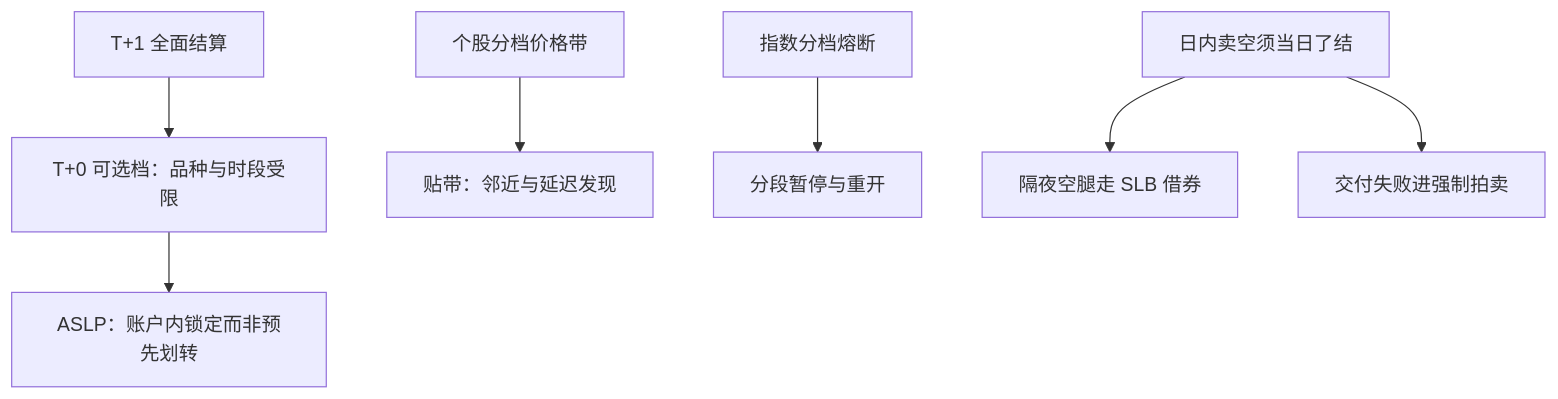
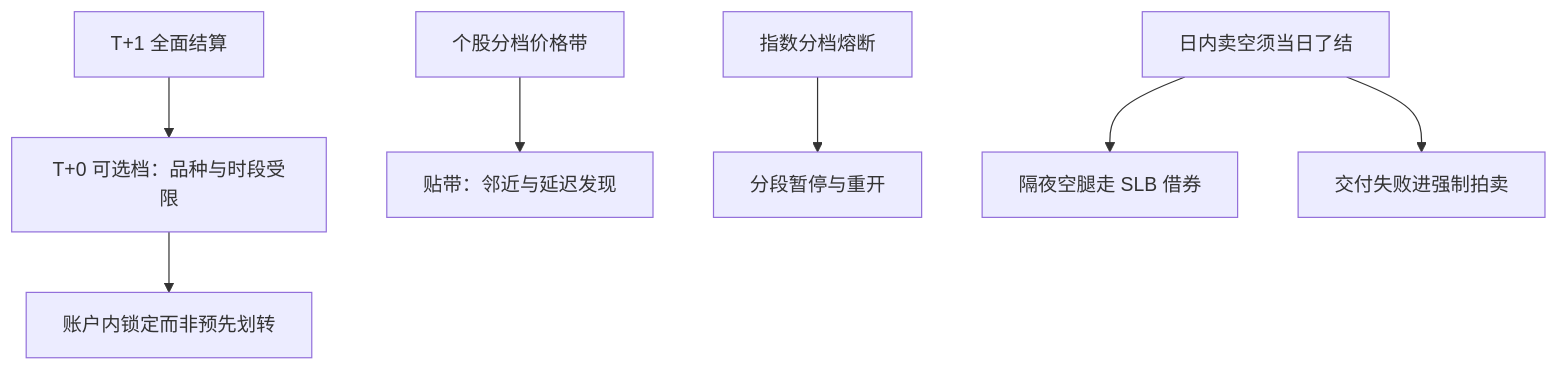
Before and after one commit to xhongduo-tech/xhongduo-tech.github.io: the first of 2 diagrams in docs/quant/gm-india.md, drawn with Mermaid. The commit also changed other lines of this file and 4 other files, not shown here.

````diff
--- a/docs/quant/gm-india.md
+++ b/docs/quant/gm-india.md
@@ -30,9 +30,9 @@
 ```mermaid
 flowchart TD
   T1["T+1 全面结算"] --> T0["T+0 可选档：品种与时段受限"]
-  T0 --> ASLP["ASLP：账户内锁定而非预先划转"]
+  T0 --> LOCK["账户内锁定而非预先划转"]
   BAND["个股分档价格带"] --> PROX["贴带：邻近与延迟发现"]
   IDX["指数分档熔断"] --> HALT["分段暂停与重开"]
   SS["日内卖空须当日了结"] --> SLB["隔夜空腿走 SLB 借券"]
   SS --> AUC["交付失败进强制拍卖"]
 ```
````
